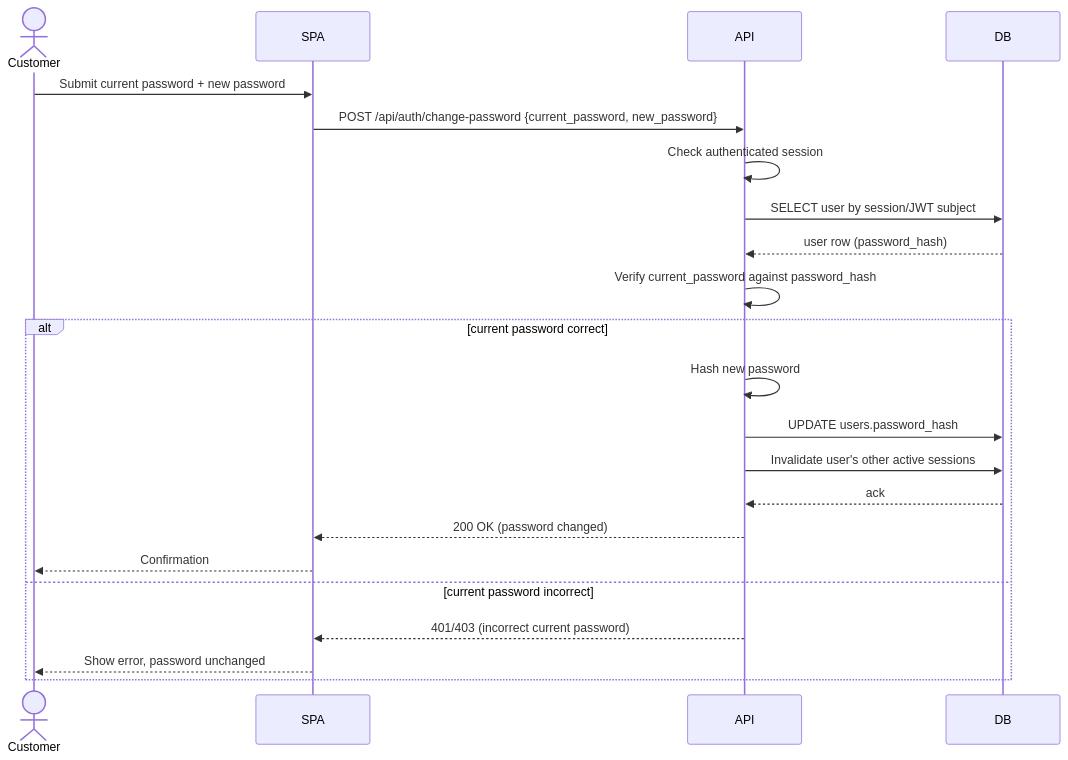
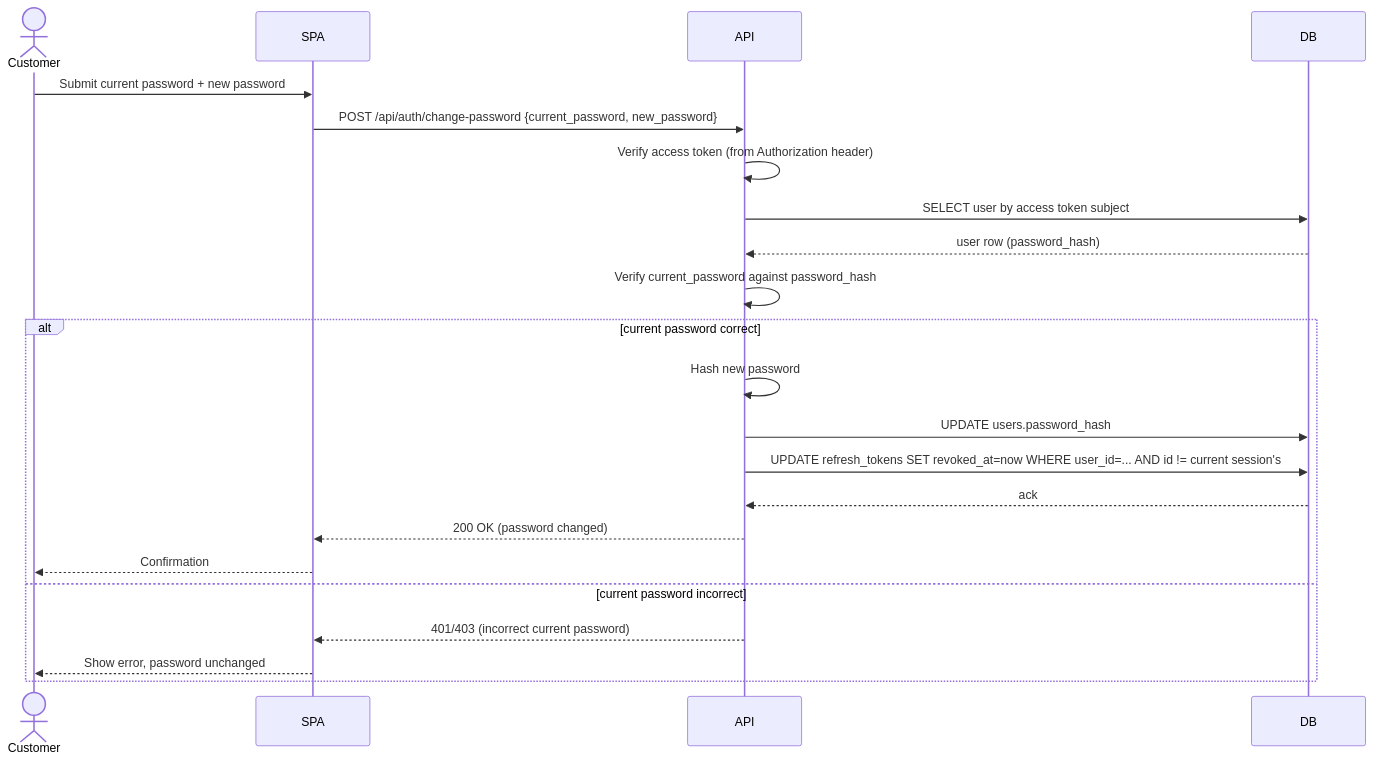
One commit to eweinmanepam/Remediation-Engineer-Sample-Application changed the tenth of 12 diagrams in DESIGN.md. Above: the diagram before and after it, drawn with Mermaid. The commit also changed other lines of this file, not shown here.

First line of the commit message:
Address JWT token-theft risk in the login/session design

````diff
--- a/DESIGN.md
+++ b/DESIGN.md
@@ -591,26 +622,26 @@
 ```mermaid
 sequenceDiagram
     actor Customer
     participant SPA
     participant API
     participant DB
 
     Customer->>SPA: Submit current password + new password
     SPA->>API: POST /api/auth/change-password {current_password, new_password}
-    API->>API: Check authenticated session
-    API->>DB: SELECT user by session/JWT subject
+    API->>API: Verify access token (from Authorization header)
+    API->>DB: SELECT user by access token subject
     DB-->>API: user row (password_hash)
     API->>API: Verify current_password against password_hash
 
     alt current password correct
         API->>API: Hash new password
         API->>DB: UPDATE users.password_hash
-        API->>DB: Invalidate user's other active sessions
+        API->>DB: UPDATE refresh_tokens SET revoked_at=now WHERE user_id=... AND id != current session's
         DB-->>API: ack
         API-->>SPA: 200 OK (password changed)
         SPA-->>Customer: Confirmation
     else current password incorrect
         API-->>SPA: 401/403 (incorrect current password)
         SPA-->>Customer: Show error, password unchanged
     end
 ```
````
